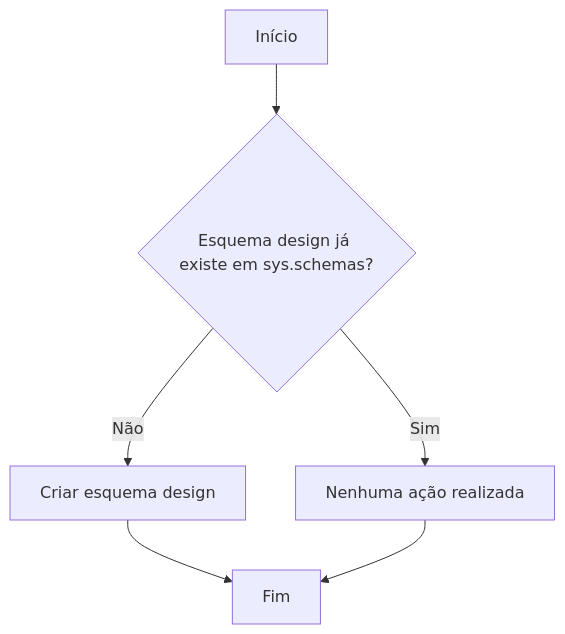
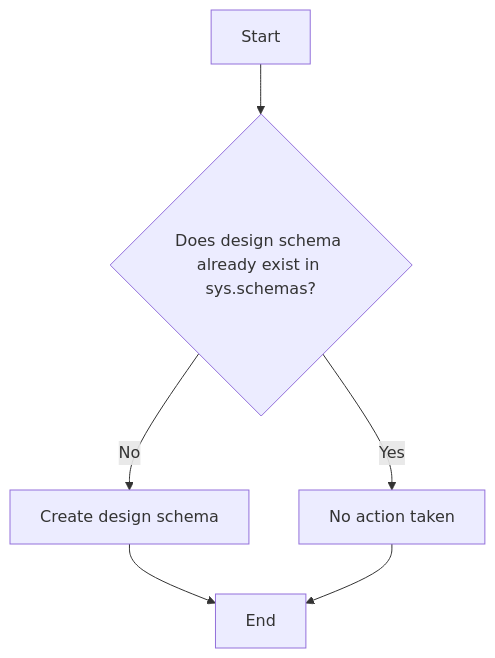
One commit to gft-us-wynxx/GftUs.Samples.NovoCard.SQL changed the diagram in doc/database/schemas/03_design.md. Above: the diagram before and after it, drawn with Mermaid. The commit also changed other lines of this file and 35 other files, not shown here.

````diff
--- a/doc/database/schemas/03_design.md
+++ b/doc/database/schemas/03_design.md
@@ -29,8 +29,8 @@
 ```mermaid
 graph TD
-    A[Início] --> B{Esquema design já existe em sys.schemas?}
-    B -- Sim --> C[Nenhuma ação realizada]
-    B -- Não --> D[Criar esquema design]
-    D --> E[Fim]
+    A[Start] --> B{Does design schema already exist in sys.schemas?}
+    B -- Yes --> C[No action taken]
+    B -- No --> D[Create design schema]
+    D --> E[End]
     C --> E
 ```
````
